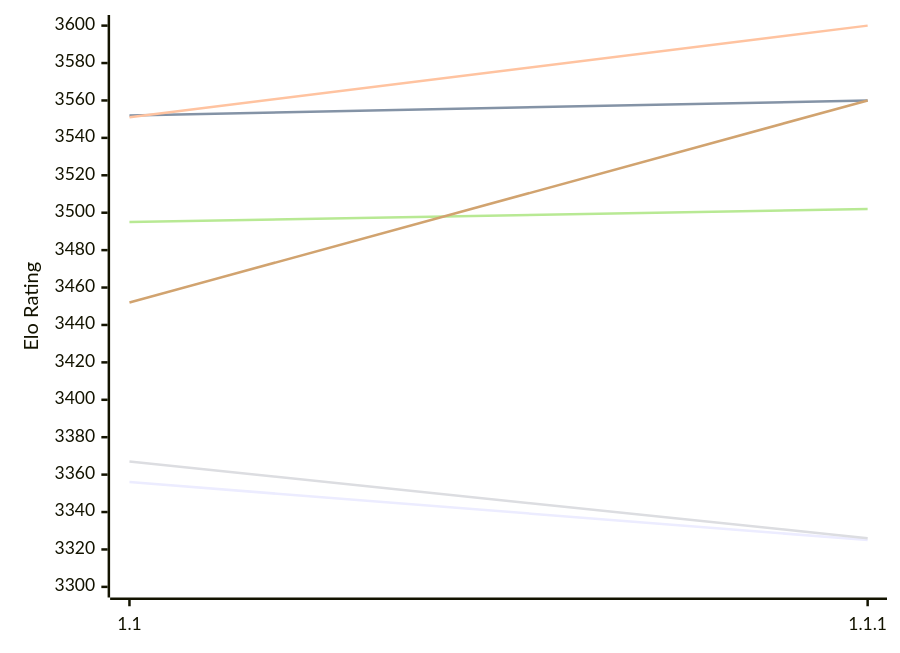
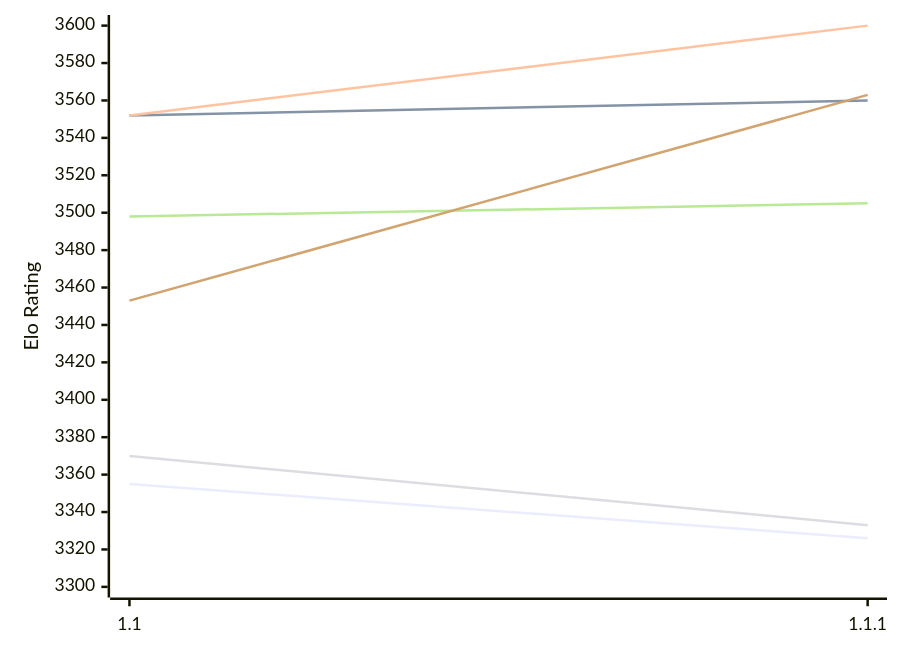
Before and after one commit to computer-chess-index/cci: the first of 2 diagrams in engines/Icarus.md, drawn with Mermaid. The commit also changed other lines of this file, not shown here.

Commit message:
Update CCI Ratings (ELO VLTC) - 2026-11-24

````diff
--- a/engines/Icarus.md
+++ b/engines/Icarus.md
@@ -51,12 +51,12 @@
 ```mermaid
 %%{init: {"theme":"base","themeVariables":{"seriesColors:['#a3a3a3','#222221','#faa371']}}}%%
 xychart-beta
   x-axis ["1.1", "1.1.1"]
   y-axis "Elo Rating" 3300 --> 3600
-  line "E1: STC (8.0+0.08s)" [3356, 3325]
+  line "E1: STC (8.0+0.08s)" [3355, 3326]
   line "E1: LTC (60.0+0.60s)" [3552, 3560]
-  line "E1: VLTC (2m24s+1.12s)" [3551, 3600]
-  line "P1: STC (8.0+0.08s)" [3367, 3326]
-  line "P1: LTC (60.0+0.60s)" [3495, 3502]
-  line "P1: VLTC (2m24s+1.12s)" [3452, 3560]
+  line "E1: VLTC (2m24s+1.12s)" [3552, 3600]
+  line "P1: STC (8.0+0.08s)" [3370, 3333]
+  line "P1: LTC (60.0+0.60s)" [3498, 3505]
+  line "P1: VLTC (2m24s+1.12s)" [3453, 3563]
 ```
````
